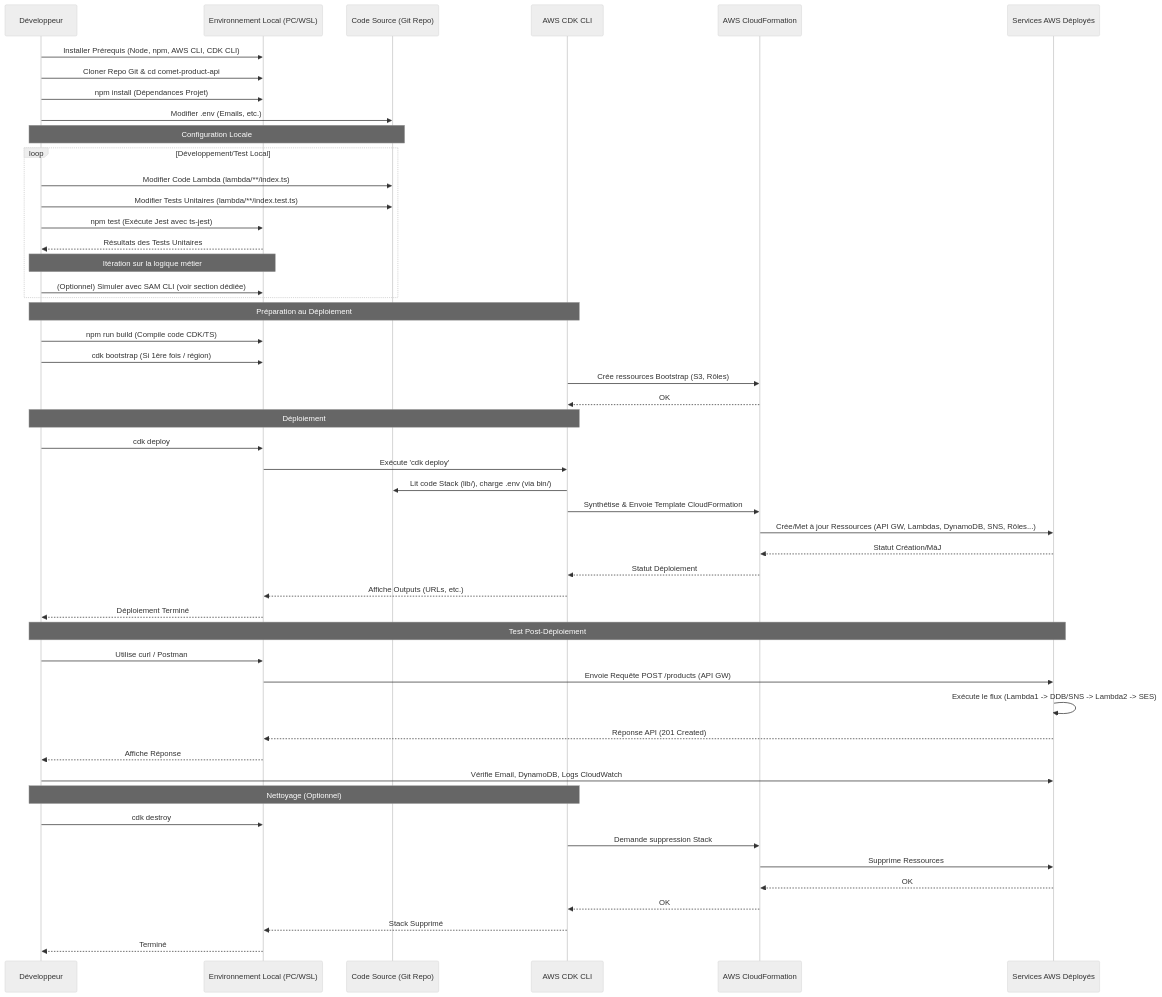
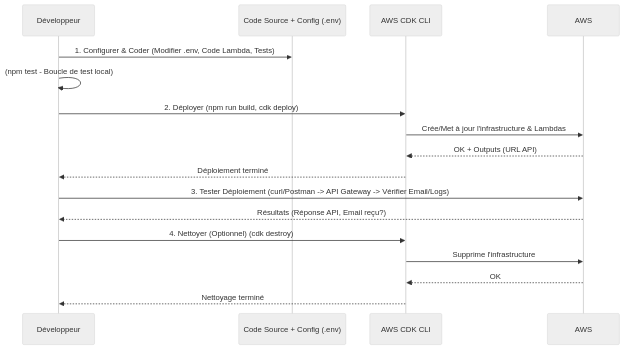
One commit to maximedotair/comet changed the second of 2 diagrams in comet-product-api/README.md. Above: the diagram before and after it, drawn with Mermaid (neutral theme). The commit also changed other lines of this file, not shown here.

Commit message:
Update readme.md (plus lisible)

````diff
--- a/comet-product-api/README.md
+++ b/comet-product-api/README.md
@@ -207,58 +207,20 @@
 ```mermaid
 sequenceDiagram
     participant Dev as Développeur
-    participant LocalEnv as Environnement Local (PC/WSL)
-    participant Code as Code Source (Git Repo)
-    participant AWS_CDK as AWS CDK CLI
-    participant AWS_CFN as AWS CloudFormation
-    participant AWS_Services as Services AWS Déployés
+    participant Code as Code Source + Config (.env)
+    participant CDK_CLI as AWS CDK CLI
+    participant AWS
 
-    Dev->>LocalEnv: Installer Prérequis (Node, npm, AWS CLI, CDK CLI)
-    Dev->>LocalEnv: Cloner Repo Git & cd comet-product-api
-    Dev->>LocalEnv: npm install (Dépendances Projet)
-    Dev->>Code: Modifier .env (Emails, etc.)
-    Note over Dev,Code: Configuration Locale
-
-    loop Développement/Test Local
-        Dev->>Code: Modifier Code Lambda (lambda/**/index.ts)
-        Dev->>Code: Modifier Tests Unitaires (lambda/**/index.test.ts)
-        Dev->>LocalEnv: npm test (Exécute Jest avec ts-jest)
-        LocalEnv-->>Dev: Résultats des Tests Unitaires
-        Note over Dev,LocalEnv: Itération sur la logique métier
-        Dev->>LocalEnv: (Optionnel) Simuler avec SAM CLI (voir section dédiée)
-    end
-
-    Note over Dev,AWS_CDK: Préparation au Déploiement
-    Dev->>LocalEnv: npm run build (Compile code CDK/TS)
-    Dev->>LocalEnv: cdk bootstrap (Si 1ère fois / région)
-    AWS_CDK->>AWS_CFN: Crée ressources Bootstrap (S3, Rôles)
-    AWS_CFN-->>AWS_CDK: OK
-
-    Note over Dev,AWS_CDK: Déploiement
-    Dev->>LocalEnv: cdk deploy
-    LocalEnv->>AWS_CDK: Exécute 'cdk deploy'
-    AWS_CDK->>Code: Lit code Stack (lib/), charge .env (via bin/)
-    AWS_CDK->>AWS_CFN: Synthétise & Envoie Template CloudFormation
-    AWS_CFN->>AWS_Services: Crée/Met à jour Ressources (API GW, Lambdas, DynamoDB, SNS, Rôles...)
-    AWS_Services-->>AWS_CFN: Statut Création/MàJ
-    AWS_CFN-->>AWS_CDK: Statut Déploiement
-    AWS_CDK-->>LocalEnv: Affiche Outputs (URLs, etc.)
-    LocalEnv-->>Dev: Déploiement Terminé
-
-    Note over Dev,AWS_Services: Test Post-Déploiement
-    Dev->>LocalEnv: Utilise curl / Postman
-    LocalEnv->>AWS_Services: Envoie Requête POST /products (API GW)
-    AWS_Services->>AWS_Services: Exécute le flux (Lambda1 -> DDB/SNS -> Lambda2 -> SES)
-    AWS_Services-->>LocalEnv: Réponse API (201 Created)
-    LocalEnv-->>Dev: Affiche Réponse
-    Dev->>AWS_Services: Vérifie Email, DynamoDB, Logs CloudWatch
-
-    Note over Dev,AWS_CDK: Nettoyage (Optionnel)
-    Dev->>LocalEnv: cdk destroy
-    AWS_CDK->>AWS_CFN: Demande suppression Stack
-    AWS_CFN->>AWS_Services: Supprime Ressources
-    AWS_Services-->>AWS_CFN: OK
-    AWS_CFN-->>AWS_CDK: OK
-    AWS_CDK-->>LocalEnv: Stack Supprimé
-    LocalEnv-->>Dev: Terminé
+    Dev->>Code: 1. Configurer & Coder (Modifier .env, Code Lambda, Tests)
+    Dev->>Dev: (npm test - Boucle de test local)
+    Dev->>CDK_CLI: 2. Déployer (npm run build, cdk deploy)
+    CDK_CLI->>AWS: Crée/Met à jour l'infrastructure & Lambdas
+    AWS-->>CDK_CLI: OK + Outputs (URL API)
+    CDK_CLI-->>Dev: Déploiement terminé
+    Dev->>AWS: 3. Tester Déploiement (curl/Postman -> API Gateway -> Vérifier Email/Logs)
+    AWS-->>Dev: Résultats (Réponse API, Email reçu?)
+    Dev->>CDK_CLI: 4. Nettoyer (Optionnel) (cdk destroy)
+    CDK_CLI->>AWS: Supprime l'infrastructure
+    AWS-->>CDK_CLI: OK
+    CDK_CLI-->>Dev: Nettoyage terminé
 ```
````
